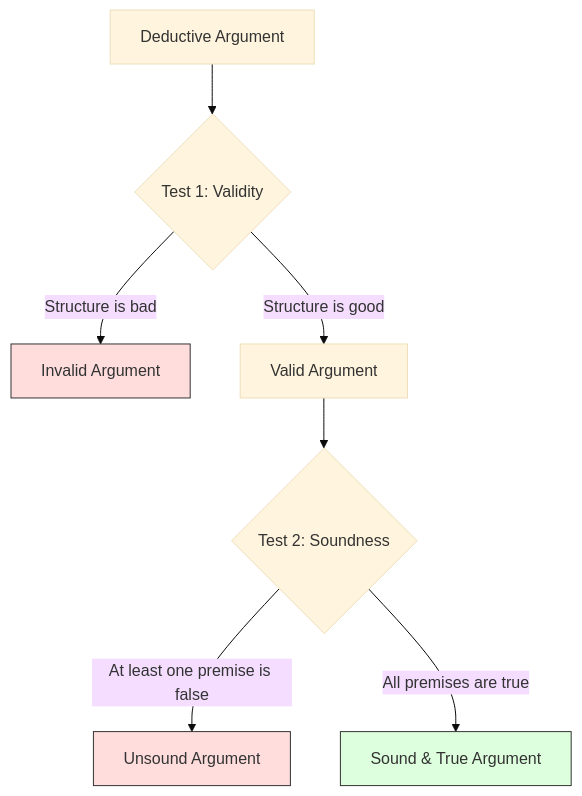
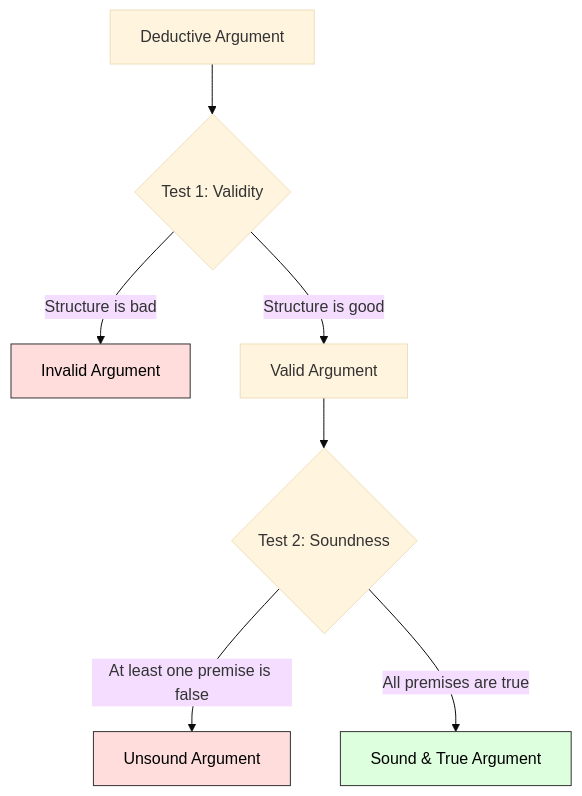
One commit to AtlasRoX/everything101 changed the diagram in humanities-finance-society/Philosophy/Logic101.md. Above: the diagram before and after it, drawn with Mermaid (base theme). The commit also changed 27 other files, not shown here.

````diff
--- a/humanities-finance-society/Philosophy/Logic101.md
+++ b/humanities-finance-society/Philosophy/Logic101.md
@@ -49,14 +49,14 @@
 ```mermaid
 graph TD
     Arg[Deductive Argument] --> Test1{Test 1: Validity}
     Test1 -->|Structure is bad| Invalid[Invalid Argument]
     Test1 -->|Structure is good| Valid[Valid Argument]
     
     Valid --> Test2{Test 2: Soundness}
     Test2 -->|At least one premise is false| Unsound[Unsound Argument]
     Test2 -->|All premises are true| Sound[Sound & True Argument]
     
-    style Sound fill:#dfd,stroke:#333
-    style Invalid fill:#fdd,stroke:#333
-    style Unsound fill:#fdd,stroke:#333
+    style Sound fill:#dfd,stroke:#333,color:#000
+    style Invalid fill:#fdd,stroke:#333,color:#000
+    style Unsound fill:#fdd,stroke:#333,color:#000
 ```
````
